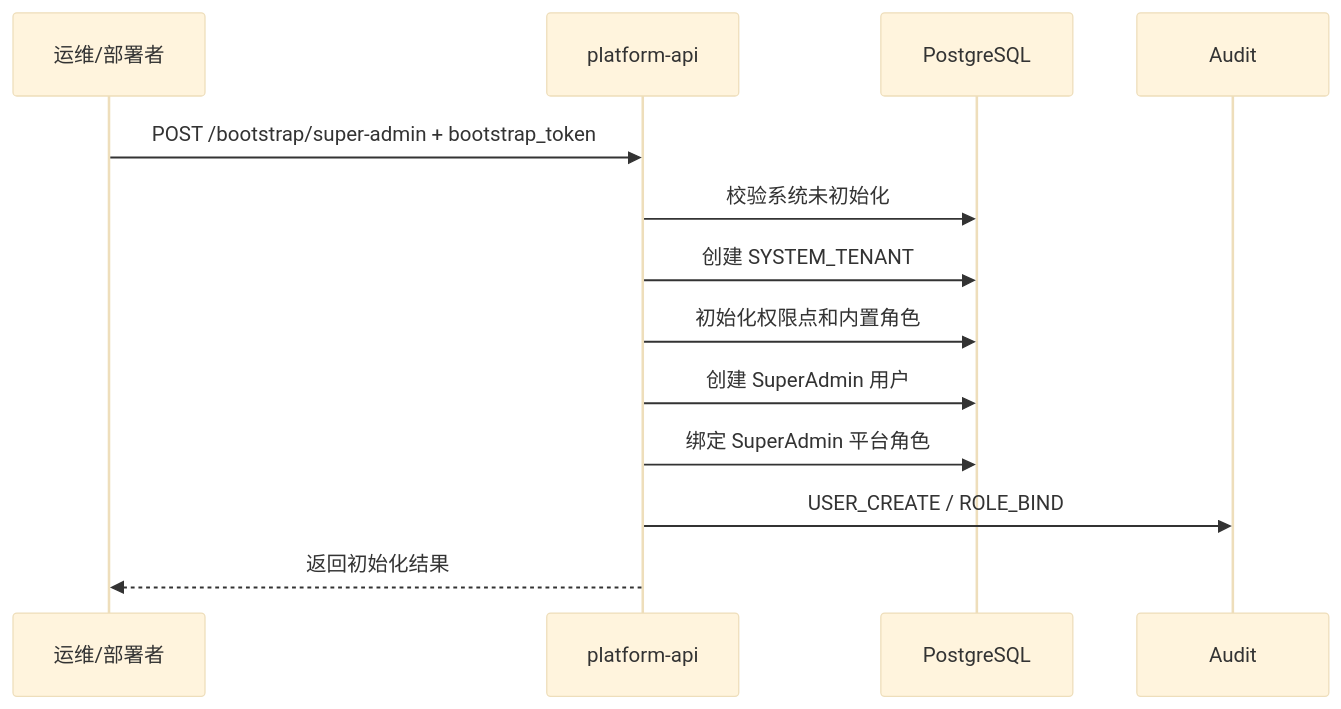
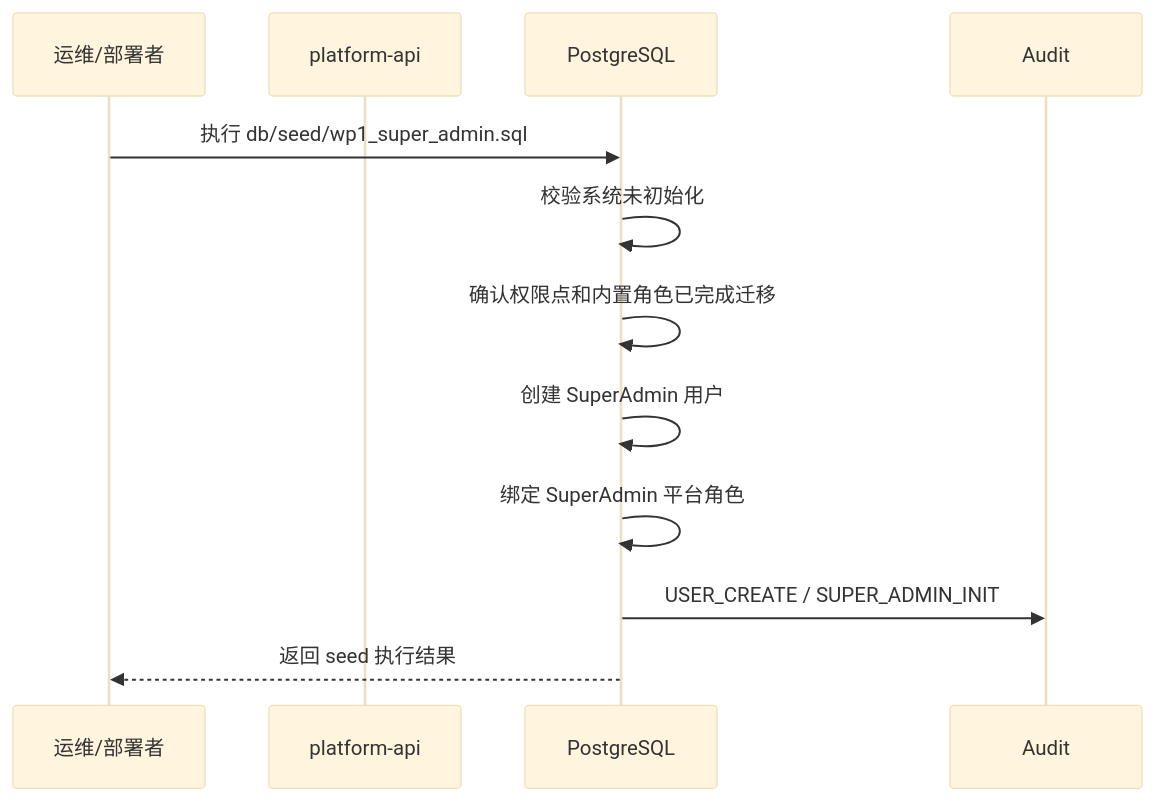
Before and after one commit to Sunhg2017/veri-agent: the sixth of 10 diagrams in doc/mvp/final/WP1-平台基础底座-架构设计-最终版.md, drawn with Mermaid (base theme). The commit also changed other lines of this file and 56 other files, not shown here.

First line of the commit message:
wp1: seed SuperAdmin and enforce password change

````diff
--- a/doc/mvp/final/WP1-平台基础底座-架构设计-最终版.md
+++ b/doc/mvp/final/WP1-平台基础底座-架构设计-最终版.md
@@ -744,16 +744,15 @@
 ```mermaid
 sequenceDiagram
     participant O as 运维/部署者
     participant API as platform-api
     participant DB as PostgreSQL
     participant AUD as Audit
 
-    O->>API: POST /bootstrap/super-admin + bootstrap_token
-    API->>DB: 校验系统未初始化
-    API->>DB: 创建 SYSTEM_TENANT
-    API->>DB: 初始化权限点和内置角色
-    API->>DB: 创建 SuperAdmin 用户
-    API->>DB: 绑定 SuperAdmin 平台角色
-    API->>AUD: USER_CREATE / ROLE_BIND
-    API-->>O: 返回初始化结果
+    O->>DB: 执行 db/seed/wp1_super_admin.sql
+    DB->>DB: 校验系统未初始化
+    DB->>DB: 确认权限点和内置角色已完成迁移
+    DB->>DB: 创建 SuperAdmin 用户
+    DB->>DB: 绑定 SuperAdmin 平台角色
+    DB->>AUD: USER_CREATE / SUPER_ADMIN_INIT
+    DB-->>O: 返回 seed 执行结果
 ```
````
